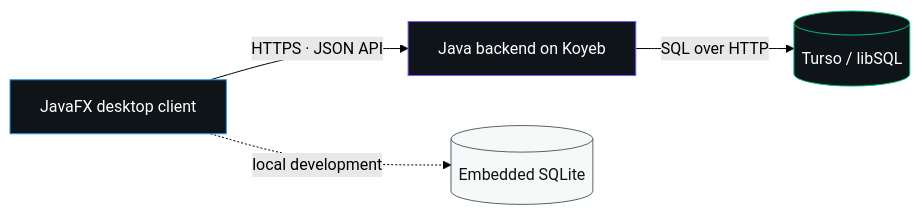
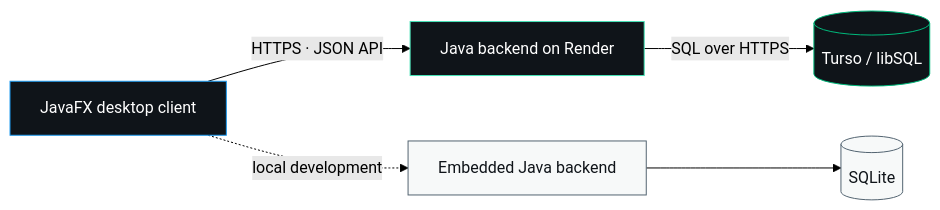
Before and after one commit to Soheil-Aghayani/x-clone: the diagram in README.md, drawn with Mermaid (forest theme). The commit also changed other lines of this file and 31 other files, not shown here.

````diff
--- a/README.md
+++ b/README.md
@@ -77,11 +85,13 @@
 ```mermaid
 flowchart LR
-    Client["JavaFX desktop client"] -->|"HTTPS · JSON API"| API["Java backend on Koyeb"]
-    API -->|"SQL over HTTP"| Turso[("Turso / libSQL")]
-    Client -. "local development" .-> Local[("Embedded SQLite")]
+    Client["JavaFX desktop client"] -->|"HTTPS · JSON API"| API["Java backend on Render"]
+    API -->|"SQL over HTTPS"| Turso[("Turso / libSQL")]
+    Client -. "local development" .-> LocalAPI["Embedded Java backend"]
+    LocalAPI --> LocalDB[("SQLite")]
 
     style Client fill:#0f1419,stroke:#1d9bf0,color:#fff
-    style API fill:#0f1419,stroke:#7a5cff,color:#fff
+    style API fill:#0f1419,stroke:#46e3b7,color:#fff
     style Turso fill:#0f1419,stroke:#00ba7c,color:#fff
-    style Local fill:#f7f9f9,stroke:#536471,color:#0f1419
+    style LocalAPI fill:#f7f9f9,stroke:#536471,color:#0f1419
+    style LocalDB fill:#f7f9f9,stroke:#536471,color:#0f1419
 ```
````
